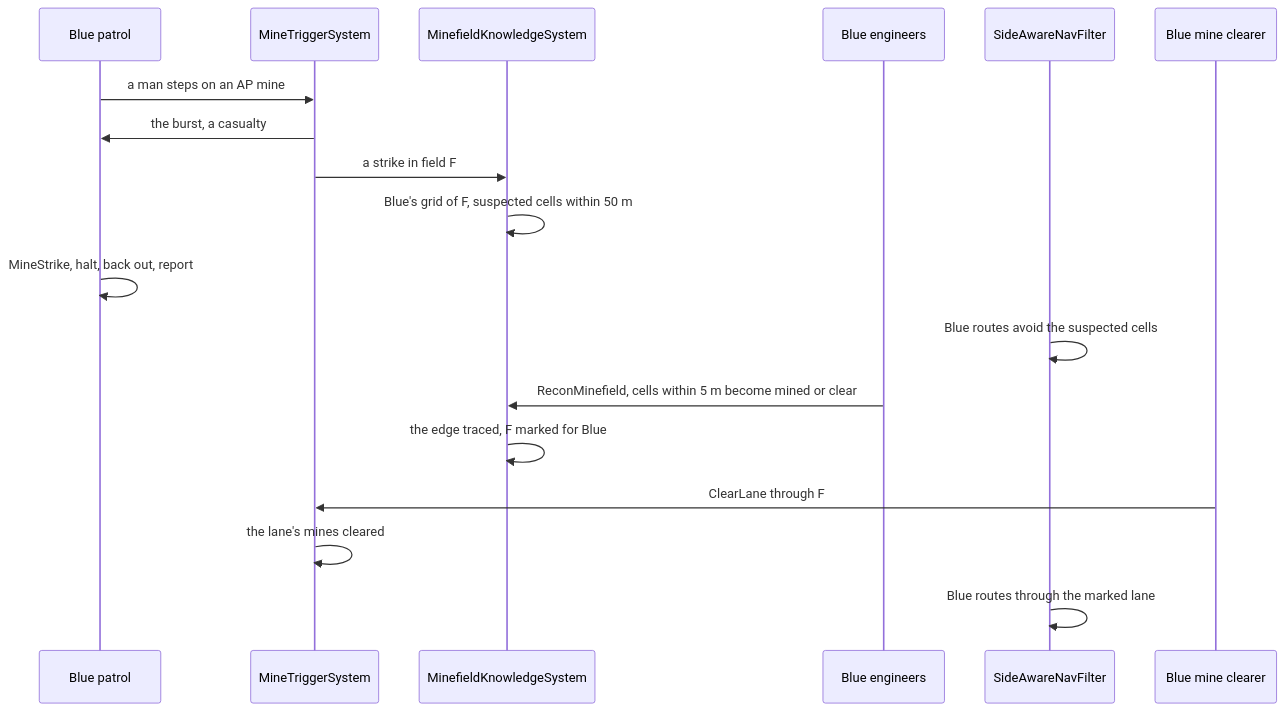
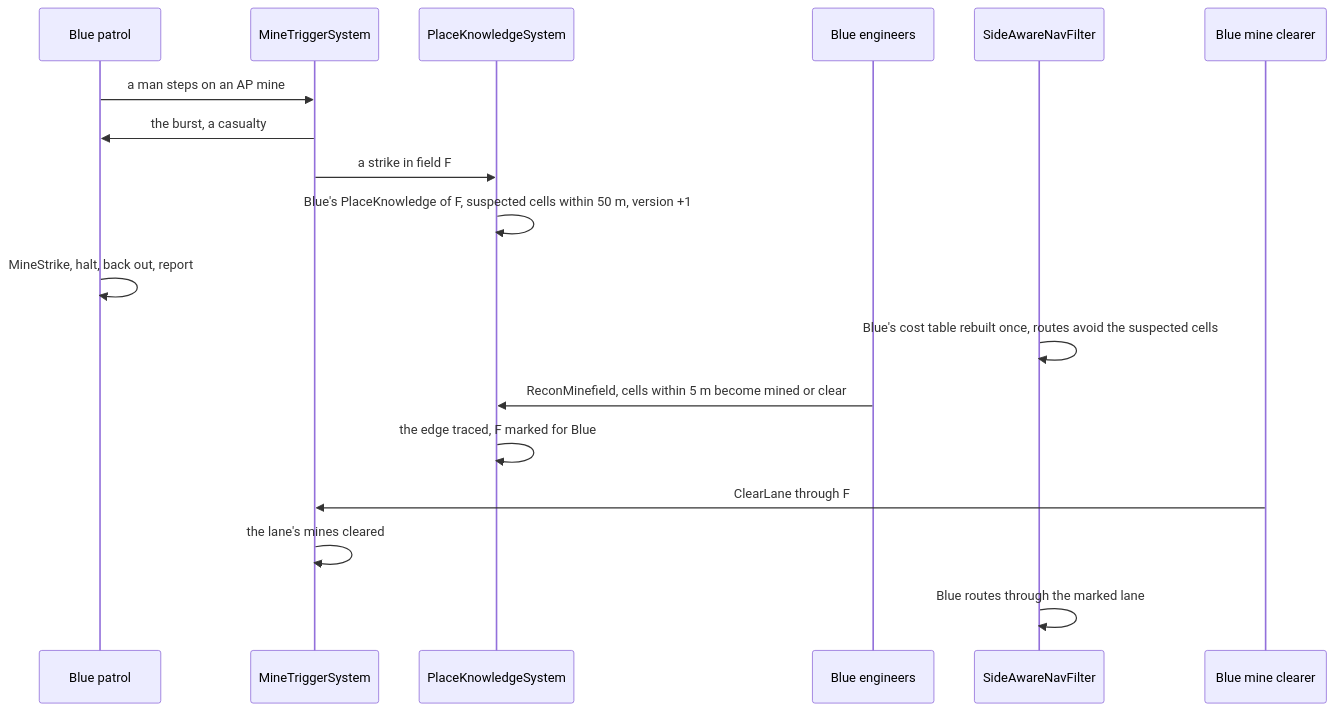
Before and after one commit to pjanec/HROT: the second of 3 diagrams in docs/designs/minefields/DESIGN_Minefields.md, drawn with Mermaid. The commit also changed other lines of this file and 1 other file, not shown here.

First line of the commit message:
docs(minefields): fold the PlaceKnowledge generalization (MF-17, R-4273); review §10 pending

````diff
--- a/docs/designs/minefields/DESIGN_Minefields.md
+++ b/docs/designs/minefields/DESIGN_Minefields.md
@@ -156,20 +188,20 @@
 ```mermaid
 sequenceDiagram
   participant P as Blue patrol
   participant T as MineTriggerSystem
-  participant K as MinefieldKnowledgeSystem
+  participant K as PlaceKnowledgeSystem
   participant E as Blue engineers
   participant N as SideAwareNavFilter
   participant C as Blue mine clearer
   P->>T: a man steps on an AP mine
   T->>P: the burst, a casualty
   T->>K: a strike in field F
-  K->>K: Blue's grid of F, suspected cells within 50 m
+  K->>K: Blue's PlaceKnowledge of F, suspected cells within 50 m, version +1
   P->>P: MineStrike, halt, back out, report
-  N->>N: Blue routes avoid the suspected cells
+  N->>N: Blue's cost table rebuilt once, routes avoid the suspected cells
   E->>K: ReconMinefield, cells within 5 m become mined or clear
   K->>K: the edge traced, F marked for Blue
   C->>T: ClearLane through F
   T->>T: the lane's mines cleared
   N->>N: Blue routes through the marked lane
 ```
````
